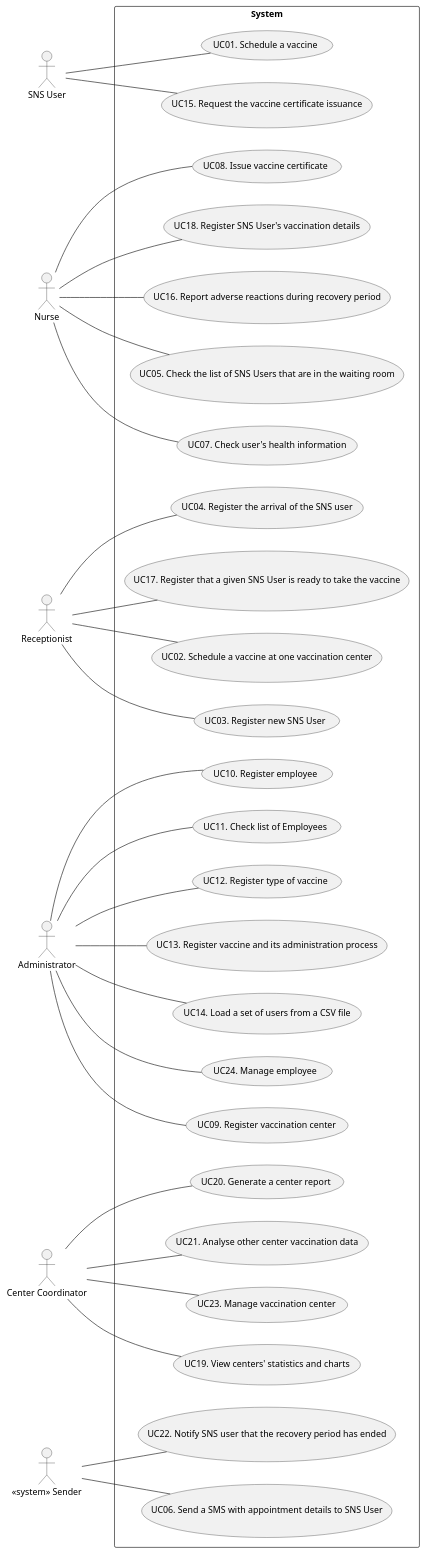
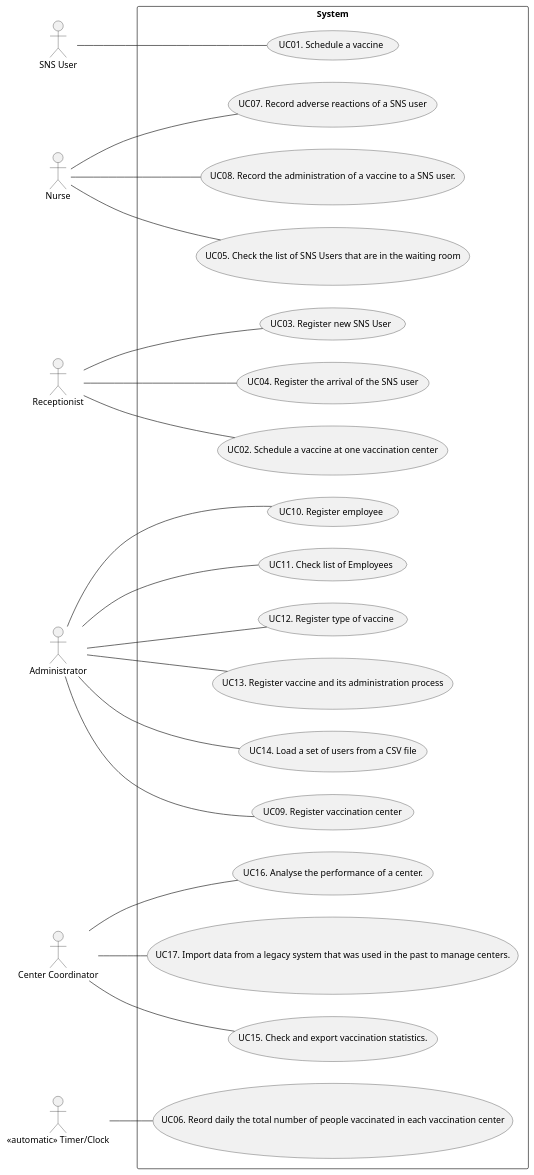
Before and after one commit to miseEnPlace-i/lapr2: the diagram in docs/SprintD/UCD.puml, drawn with PlantUML. The commit also changed 2 other files, not shown here.

```diff
--- a/docs/SprintD/UCD.puml
+++ b/docs/SprintD/UCD.puml
@@ -1,66 +1,50 @@
 @startuml UCD
 
 left to right direction
 
 actor "SNS User" as user
 actor "Nurse" as nurse
 actor "Receptionist" as recept
 actor "Administrator" as admin
 actor "Center Coordinator" as coordinator
-actor "<< system >> Sender" as system
+actor "<<automatic>> Timer/Clock" as timer
 
 rectangle System {
   usecase "UC01. Schedule a vaccine" as UC01
   usecase "UC02. Schedule a vaccine at one vaccination center" as UC02
   usecase "UC03. Register new SNS User" as UC03
   usecase "UC04. Register the arrival of the SNS user" as UC04
   usecase "UC05. Check the list of SNS Users that are in the waiting room" as UC05
-  usecase "UC06. Send a SMS with appointment details to SNS User" as UC06
-  usecase "UC07. Check user's health information" as UC07
-  usecase "UC08. Issue vaccine certificate" as UC08
+  usecase "UC06. Reord daily the total number of people vaccinated in each vaccination center" as UC06  
+  usecase "UC07. Record adverse reactions of a SNS user" as UC07 
+  usecase "UC08. Record the administration of a vaccine to a SNS user." as UC08
   usecase "UC09. Register vaccination center" as UC09
   usecase "UC10. Register employee" as UC10
   usecase "UC11. Check list of Employees" as UC11
   usecase "UC12. Register type of vaccine" as UC12
   usecase "UC13. Register vaccine and its administration process" as UC13
   usecase "UC14. Load a set of users from a CSV file" as UC14
-  usecase "UC15. Request the vaccine certificate issuance" as UC15
-  usecase "UC16. Report adverse reactions during recovery period" as UC16
-  usecase "UC17. Register that a given SNS User is ready to take the vaccine" as UC17
-  usecase "UC18. Register SNS User's vaccination details" as UC18
-  usecase "UC19. View centers' statistics and charts" as UC19
-  usecase "UC20. Generate a center report" as UC20
-  usecase "UC21. Analyse other center vaccination data" as UC21
-  usecase "UC22. Notify SNS user that the recovery period has ended" as UC22
-  usecase "UC23. Manage vaccination center" as UC23
-  usecase "UC24. Manage employee" as UC24
+  usecase "UC15. Check and export vaccination statistics." as UC15
+  usecase "UC16. Analyse the performance of a center." as UC16
+  usecase "UC17. Import data from a legacy system that was used in the past to manage centers." as UC17  
 }
 
 user -- UC01
 recept -- UC02
 recept -- UC03
 recept -- UC04
 nurse -- UC05
-system -- UC06
+timer -- UC06
 nurse -- UC07
 nurse -- UC08
 admin -- UC09
 admin -- UC10
 admin -- UC11
 admin -- UC12
 admin -- UC13
 admin -- UC14
-user -- UC15
-nurse -- UC16
-recept -- UC17
-nurse -- UC18
-coordinator -- UC19
-coordinator -- UC20
-coordinator -- UC21
-system -- UC22
-coordinator -- UC23
-admin -- UC24
-
-
+coordinator -- UC15
+coordinator -- UC16
+coordinator -- UC17
 
 @enduml
```
